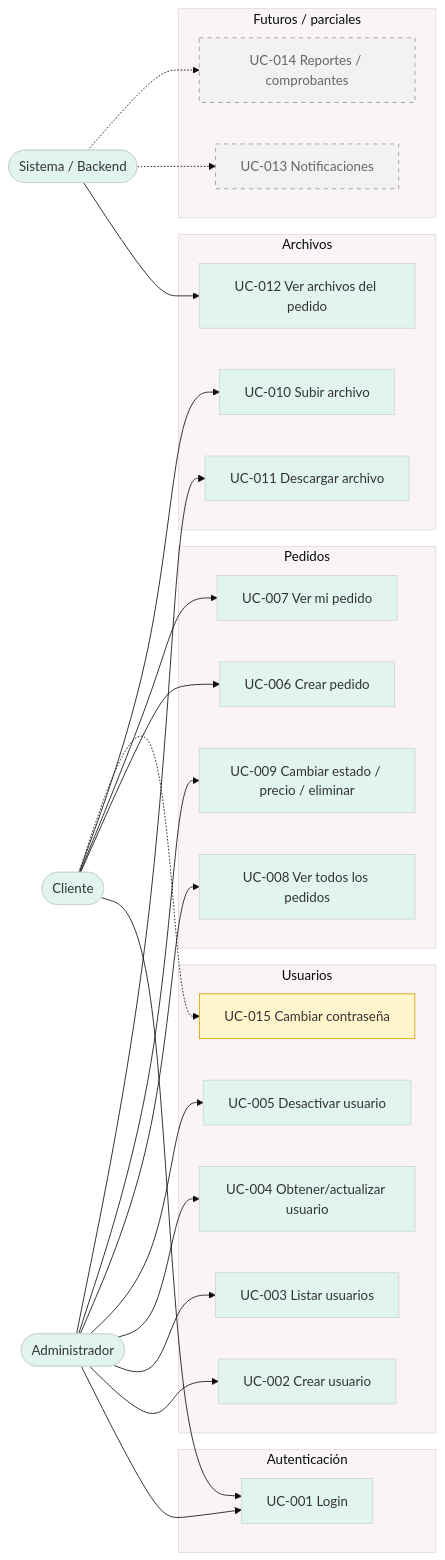
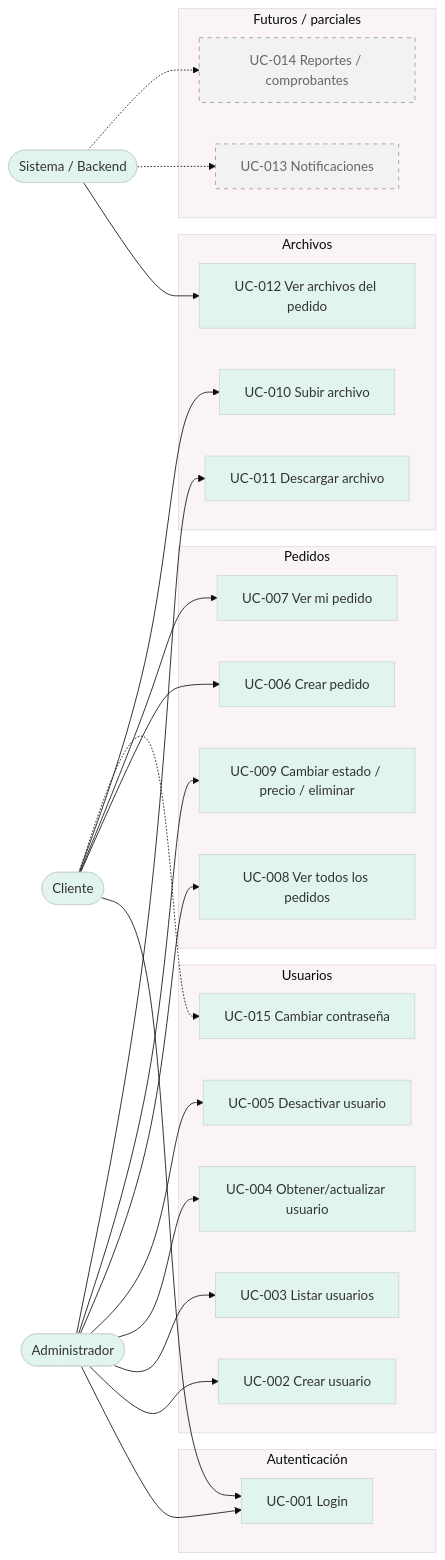
The diagram in docs/DIAGRAMAS/RealPrint_Casos_de_uso.md (IgorDAM/PROYECTO_REALPRINT), drawn with Mermaid before and after one commit. The commit also changed 28 other files, not shown here.

````diff
--- a/docs/DIAGRAMAS/RealPrint_Casos_de_uso.md
+++ b/docs/DIAGRAMAS/RealPrint_Casos_de_uso.md
@@ -3,61 +3,59 @@
 ```mermaid
 %%{init: {'theme': 'base', 'themeVariables': {'primaryColor': '#E1F5EE', 'edgeLabelBackground': '#fff'}}}%%
 
 graph LR
     %% Actores
     CLIENTE([Cliente])
     ADMIN([Administrador])
     SISTEMA([Sistema / Backend])
     %% Autenticación
     subgraph A[Autenticación]
         UC1[UC-001 Login]
     end
     %% Usuarios
     subgraph U[Usuarios]
         UC2[UC-002 Crear usuario]
         UC3[UC-003 Listar usuarios]
         UC4[UC-004 Obtener/actualizar usuario]
         UC5[UC-005 Desactivar usuario]
         UC15[UC-015 Cambiar contraseña]
     end
     %% Pedidos
     subgraph P[Pedidos]
         UC6[UC-006 Crear pedido]
         UC7[UC-007 Ver mi pedido]
         UC8[UC-008 Ver todos los pedidos]
         UC9[UC-009 Cambiar estado / precio / eliminar]
     end
     %% Archivos
     subgraph F[Archivos]
         UC10[UC-010 Subir archivo]
         UC11[UC-011 Descargar archivo]
         UC12[UC-012 Ver archivos del pedido]
     end
     %% Futuros / parciales
     subgraph FTR[Futuros / parciales]
         UC13[UC-013 Notificaciones]
         UC14[UC-014 Reportes / comprobantes]
     end
     %% Relaciones por actor
     CLIENTE --> UC1
     CLIENTE --> UC6
     CLIENTE --> UC7
     CLIENTE --> UC10
     CLIENTE -.-> UC15
     ADMIN --> UC1
     ADMIN --> UC2
     ADMIN --> UC3
     ADMIN --> UC4
     ADMIN --> UC5
     ADMIN --> UC8
     ADMIN --> UC9
     ADMIN --> UC11
     SISTEMA --> UC12
     SISTEMA -.-> UC13
     SISTEMA -.-> UC14
     %% Estados visuales
-    classDef partial fill:#fff4cc,stroke:#d6a100,color:#333;
     classDef future fill:#f2f2f2,stroke:#999,color:#666,stroke-dasharray: 5 5;
-    class UC15 partial;
     class UC13,UC14 future;
 ```
````
